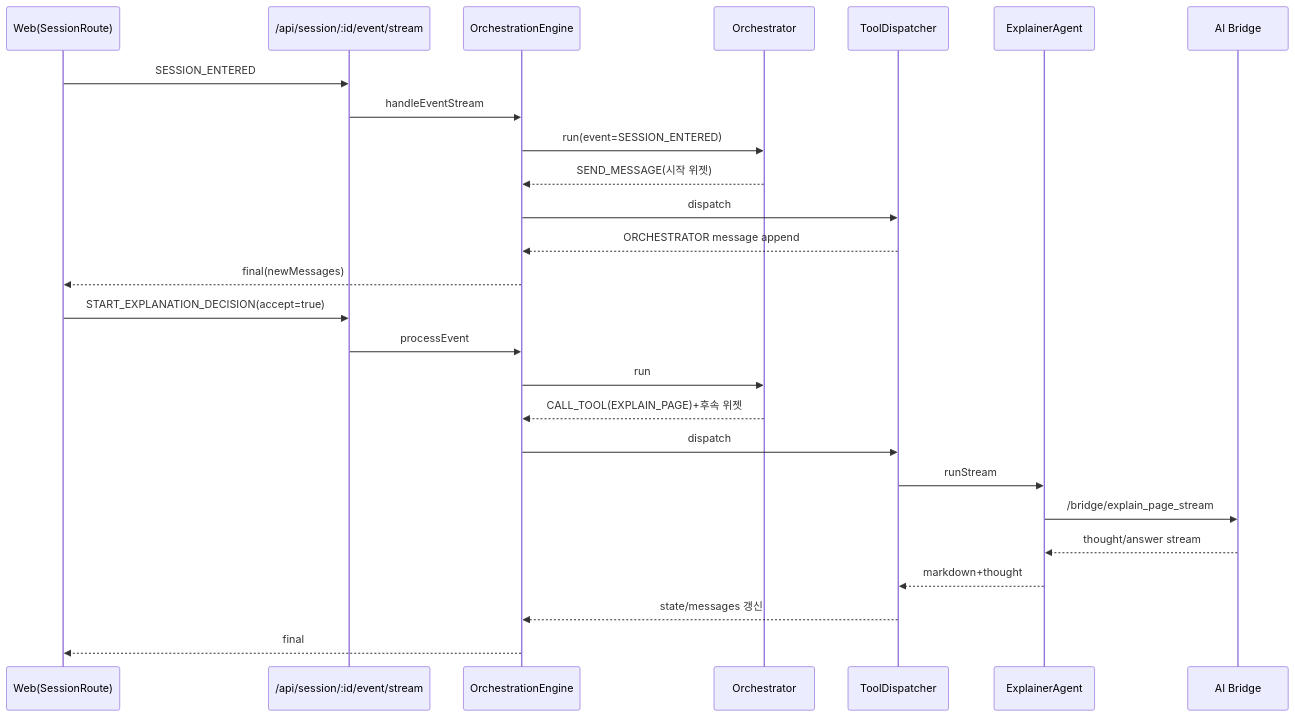
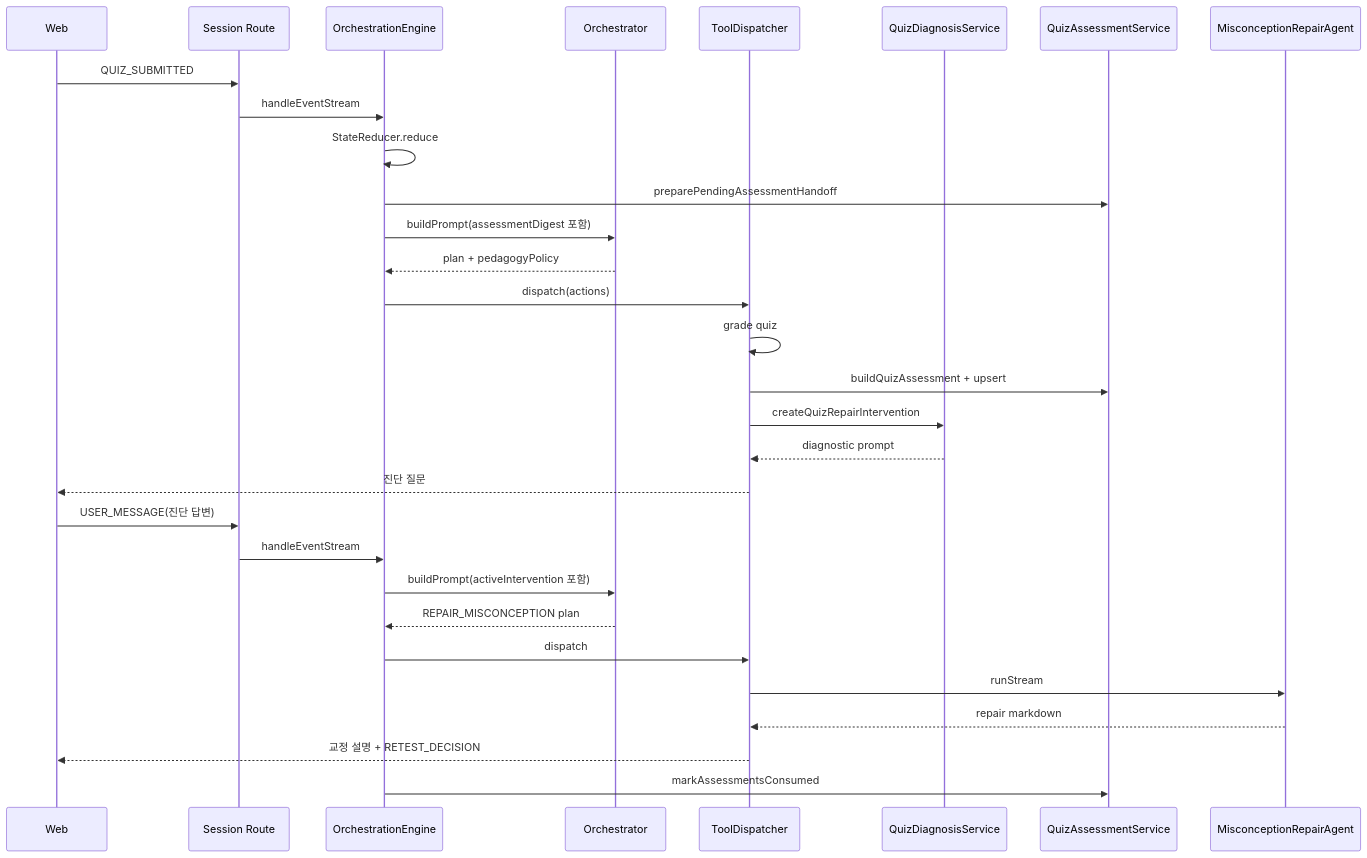
The second of 2 diagrams in MergeEduAgentFull/AGENT_ORCHESTRATION_DESIGN.md (uou-capstone/UOU_Capstone_Design_AI), drawn with Mermaid before and after one commit. The commit also changed other lines of this file and 94 other files, not shown here.

````diff
--- a/MergeEduAgentFull/AGENT_ORCHESTRATION_DESIGN.md
+++ b/MergeEduAgentFull/AGENT_ORCHESTRATION_DESIGN.md
@@ -225,30 +527,33 @@
 ```mermaid
 sequenceDiagram
-  participant UI as Web(SessionRoute)
-  participant API as /api/session/:id/event/stream
-  participant ENG as OrchestrationEngine
-  participant ORC as Orchestrator
-  participant TD as ToolDispatcher
-  participant EX as ExplainerAgent
-  participant BR as AI Bridge
+  participant W as Web
+  participant API as Session Route
+  participant E as OrchestrationEngine
+  participant O as Orchestrator
+  participant D as ToolDispatcher
+  participant QD as QuizDiagnosisService
+  participant QA2 as QuizAssessmentService
+  participant MR as MisconceptionRepairAgent
 
-  UI->>API: SESSION_ENTERED
-  API->>ENG: handleEventStream
-  ENG->>ORC: run(event=SESSION_ENTERED)
-  ORC-->>ENG: SEND_MESSAGE(시작 위젯)
-  ENG->>TD: dispatch
-  TD-->>ENG: ORCHESTRATOR message append
-  ENG-->>UI: final(newMessages)
-
-  UI->>API: START_EXPLANATION_DECISION(accept=true)
-  API->>ENG: processEvent
-  ENG->>ORC: run
-  ORC-->>ENG: CALL_TOOL(EXPLAIN_PAGE)+후속 위젯
-  ENG->>TD: dispatch
-  TD->>EX: runStream
-  EX->>BR: /bridge/explain_page_stream
-  BR-->>EX: thought/answer stream
-  EX-->>TD: markdown+thought
-  TD-->>ENG: state/messages 갱신
-  ENG-->>UI: final
+  W->>API: QUIZ_SUBMITTED
+  API->>E: handleEventStream
+  E->>E: StateReducer.reduce
+  E->>QA2: preparePendingAssessmentHandoff
+  E->>O: buildPrompt(assessmentDigest 포함)
+  O-->>E: plan + pedagogyPolicy
+  E->>D: dispatch(actions)
+  D->>D: grade quiz
+  D->>QA2: buildQuizAssessment + upsert
+  D->>QD: createQuizRepairIntervention
+  QD-->>D: diagnostic prompt
+  D-->>W: 진단 질문
+  W->>API: USER_MESSAGE(진단 답변)
+  API->>E: handleEventStream
+  E->>O: buildPrompt(activeIntervention 포함)
+  O-->>E: REPAIR_MISCONCEPTION plan
+  E->>D: dispatch
+  D->>MR: runStream
+  MR-->>D: repair markdown
+  D-->>W: 교정 설명 + RETEST_DECISION
+  E->>QA2: markAssessmentsConsumed
 ```
````
